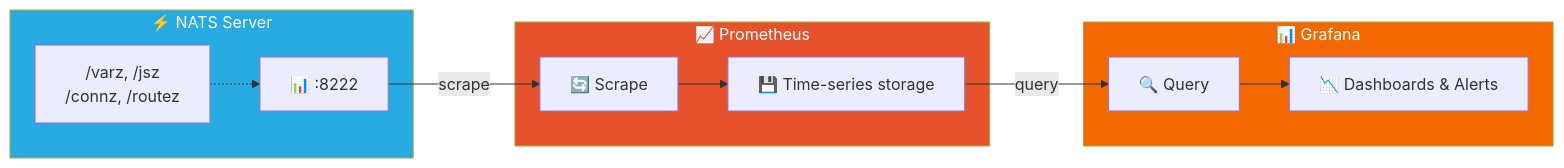
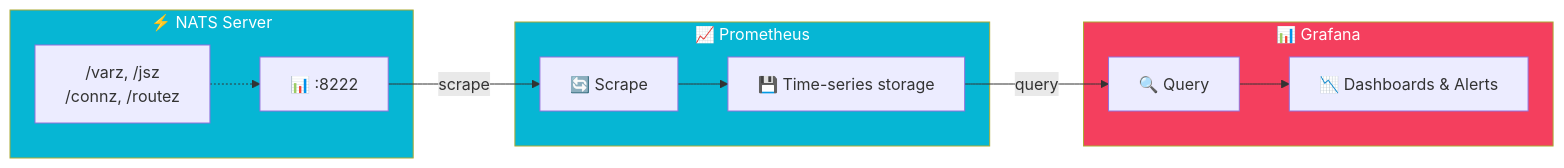
One commit to viktorrobin/bluerobin-blog changed the diagram in src/content/blog/nats-monitoring-prometheus-grafana.mdx. Above: the diagram before and after it, drawn with Mermaid. The commit also changed other lines of this file and 127 other files, not shown here.

````diff
--- a/src/content/blog/nats-monitoring-prometheus-grafana.mdx
+++ b/src/content/blog/nats-monitoring-prometheus-grafana.mdx
@@ -24,27 +35,30 @@
 ```mermaid
 flowchart LR
     subgraph NATS["⚡ NATS Server"]
         N1["📊 :8222"]
         N2["/varz, /jsz<br/>/connz, /routez"]
     end
 
     subgraph Metrics["📈 Prometheus"]
         P1["🔄 Scrape"]
         P2["💾 Time-series storage"]
     end
 
     subgraph Visualization["📊 Grafana"]
         G1["🔍 Query"]
         G2["📉 Dashboards & Alerts"]
     end
 
     N1 -->|scrape| P1
     N2 -.-> N1
     P1 --> P2
     P2 -->|query| G1
     G1 --> G2
 
-    style NATS fill:#27aae1,color:#fff
-    style Metrics fill:#e6522c,color:#fff
-    style Visualization fill:#f46800,color:#fff
+    classDef primary fill:#7c3aed,color:#fff
+    classDef secondary fill:#06b6d4,color:#fff
+    classDef db fill:#f43f5e,color:#fff
+    classDef warning fill:#fbbf24,color:#000
+    class NATS,Metrics secondary
+    class Visualization db
 ```
````
